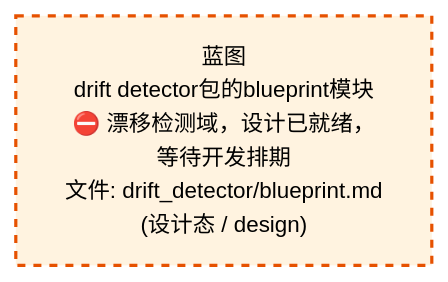
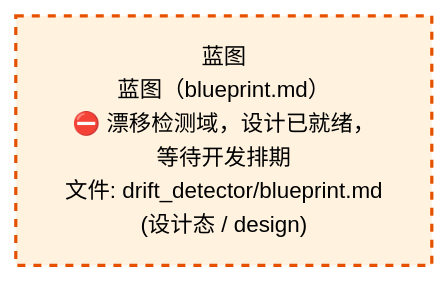
The third of 4 diagrams in docs/02_enterprise_architecture/02_domain_architecture_docs/52_d_gov_drift.md (xuanFelixVan/ZephyrAlpha), drawn with Mermaid before and after one commit. The commit also changed other lines of this file and 56 other files, not shown here.

````diff
--- a/docs/02_enterprise_architecture/02_domain_architecture_docs/52_d_gov_drift.md
+++ b/docs/02_enterprise_architecture/02_domain_architecture_docs/52_d_gov_drift.md
@@ -457,10 +457,10 @@
 ```mermaid
 %%{init: {'theme': 'base', 'themeVariables': {'primaryColor': '#eaeaea', 'primaryTextColor': '#333333', 'primaryBorderColor': '#666666', 'lineColor': '#666666', 'secondaryColor': '#eaeaea', 'tertiaryColor': '#eaeaea', 'fontSize': '14px'}}}%%
 flowchart TD
-    docs_03_modules_domain_governance_drift_detector_blueprint_md["蓝图<br/>drift detector包的blueprint模块<br/>⛔ 漂移检测域，设计已就绪，等待开发排期<br/>文件: drift_detector/blueprint.md<br/>(设计态 / design)"]
+    docs_03_modules_domain_governance_drift_detector_blueprint_md["蓝图<br/>蓝图（blueprint.md）<br/>⛔ 漂移检测域，设计已就绪，等待开发排期<br/>文件: drift_detector/blueprint.md<br/>(设计态 / design)"]
     classDef production fill:#e1f5fe,stroke:#01579b,stroke-width:2px,color:#000
     classDef design fill:#fff3e0,stroke:#e65100,stroke-width:2px,color:#000,stroke-dasharray: 5 5
     classDef external_prod fill:#e8f4fd,stroke:#0277bd,stroke-width:1px,color:#000
     classDef external_design fill:#fff8e7,stroke:#ef6c00,stroke-width:1px,color:#000,stroke-dasharray: 5 5
     class docs_03_modules_domain_governance_drift_detector_blueprint_md design
 ```
````
